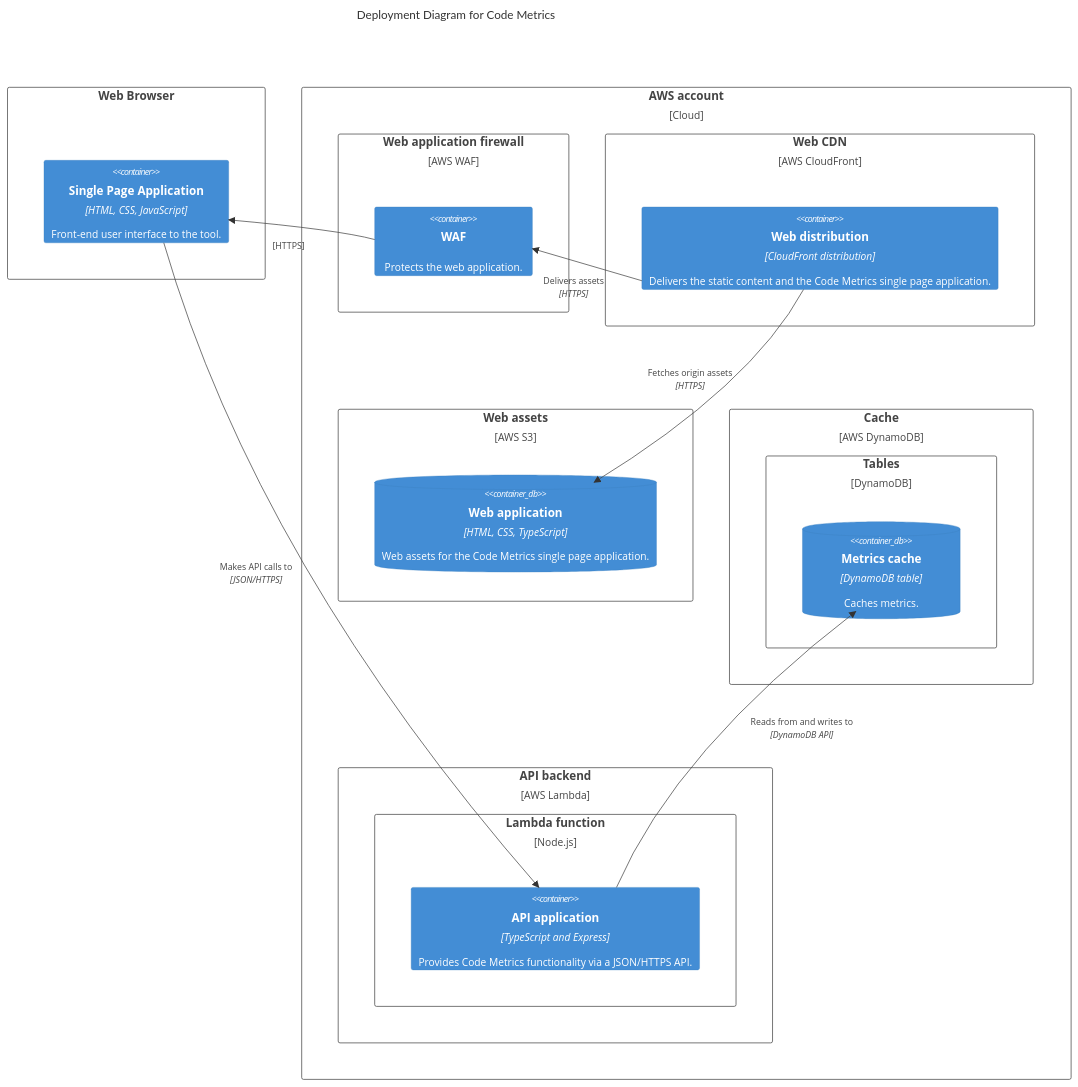
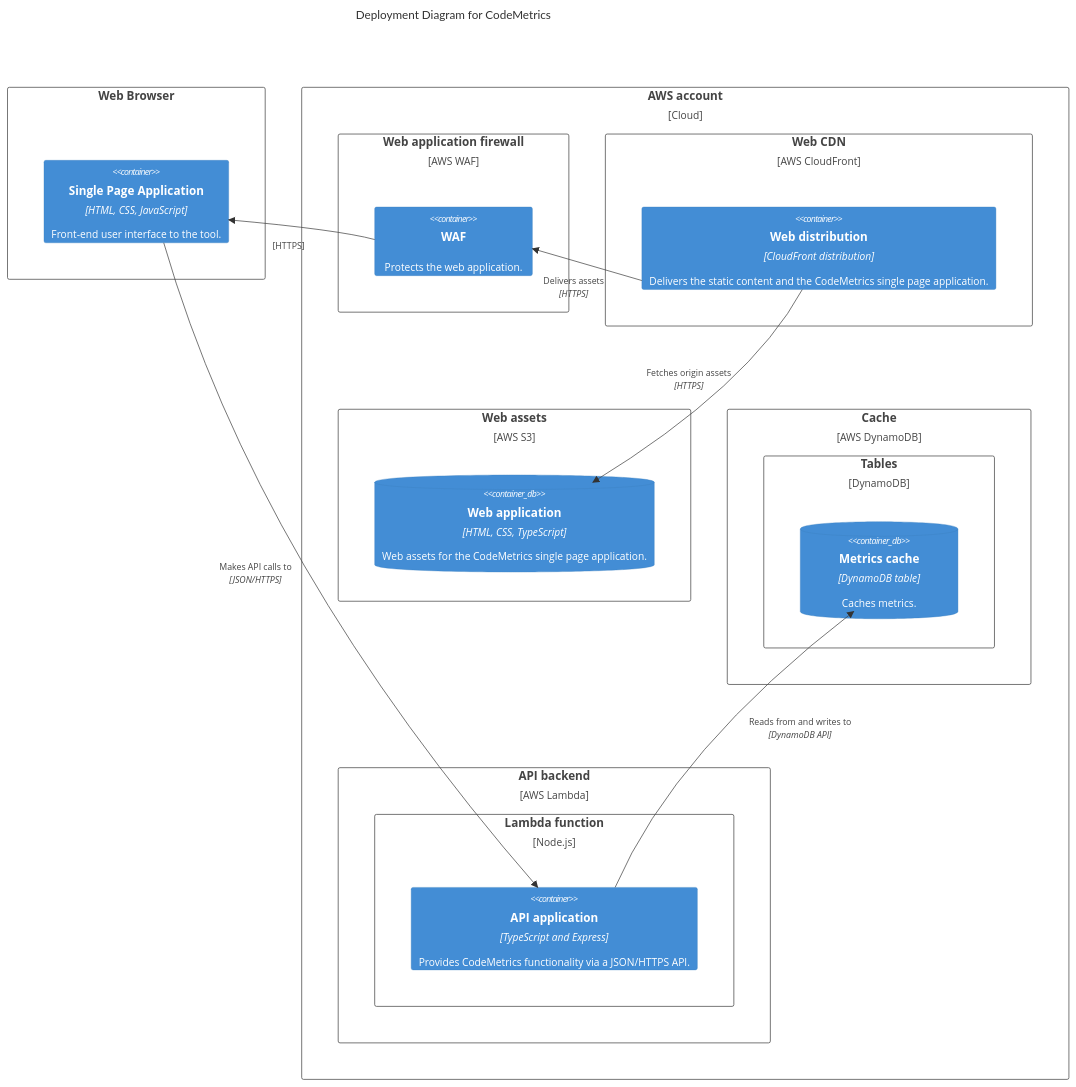
Before and after one commit to code-metrics-project/code-metrics: the second of 2 diagrams in docs/architecture.md, drawn with Mermaid. The commit also changed other lines of this file and 230 other files, not shown here.

````diff
--- a/docs/architecture.md
+++ b/docs/architecture.md
@@ -58,43 +58,43 @@
 ```mermaid
     C4Deployment
-    title Deployment Diagram for Code Metrics
-    
+    title Deployment Diagram for CodeMetrics
+
     Deployment_Node(browser, "Web Browser", "") {
         Container(spa, "Single Page Application", "HTML, CSS, JavaScript", "Front-end user interface to the tool.")
     }
-    
+
     Deployment_Node(aws, "AWS account", "Cloud") {
         Deployment_Node(wafn, "Web application firewall", "AWS WAF") {
             Container(waf, "WAF", "", "Protects the web application.")
         }
         Deployment_Node(cloudfront, "Web CDN", "AWS CloudFront") {
-            Container(cfdistro, "Web distribution", "CloudFront distribution", "Delivers the static content and the Code Metrics single page application.")
+            Container(cfdistro, "Web distribution", "CloudFront distribution", "Delivers the static content and the CodeMetrics single page application.")
         }
         Deployment_Node(s3, "Web assets", "AWS S3") {
-            ContainerDb(web, "Web application", "HTML, CSS, TypeScript", "Web assets for the Code Metrics single page application.")
+            ContainerDb(web, "Web application", "HTML, CSS, TypeScript", "Web assets for the CodeMetrics single page application.")
         }
-        
+
         Deployment_Node(cache, "Cache", "AWS DynamoDB") {
             Deployment_Node(tables, "Tables", "DynamoDB"){
                 ContainerDb(db, "Metrics cache", "DynamoDB table", "Caches metrics.")
             }
         }
         Deployment_Node(lambda, "API backend", "AWS Lambda") {
             Deployment_Node(func, "Lambda function", "Node.js") {
-                Container(api, "API application", "TypeScript and Express", "Provides Code Metrics functionality via a JSON/HTTPS API.")
+                Container(api, "API application", "TypeScript and Express", "Provides CodeMetrics functionality via a JSON/HTTPS API.")
             }
         }
     }
-    
+
     Rel(cfdistro, waf, "Delivers assets", "HTTPS")
     Rel(waf, spa, "[HTTPS]")
     Rel(cfdistro, web, "Fetches origin assets", "HTTPS")
     Rel(spa, api, "Makes API calls to", "JSON/HTTPS")
     Rel(api, db, "Reads from and writes to", "DynamoDB API")
-    
+
     UpdateRelStyle(cfdistro, waf, $offsetX="-60", $offsetY="20")
     UpdateRelStyle(waf, spa, $offsetX="-40", $offsetY="20")
     UpdateRelStyle(cfdistro, web, $offsetX="-70", $offsetY="-20")
     UpdateRelStyle(spa, api, $offsetX="-180")
     UpdateRelStyle(api, db, $offsetX="20", $offsetY="-40")
 ```
````
